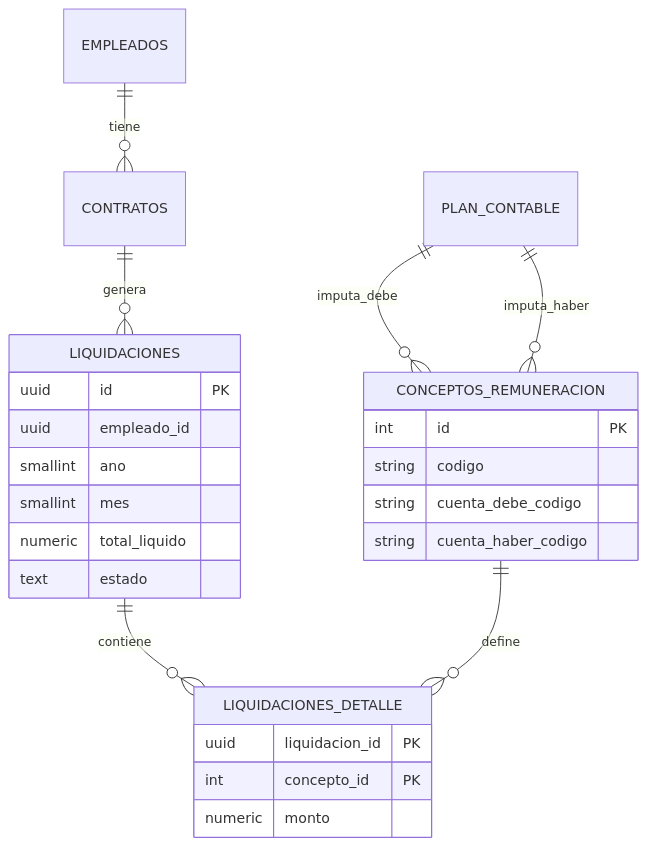
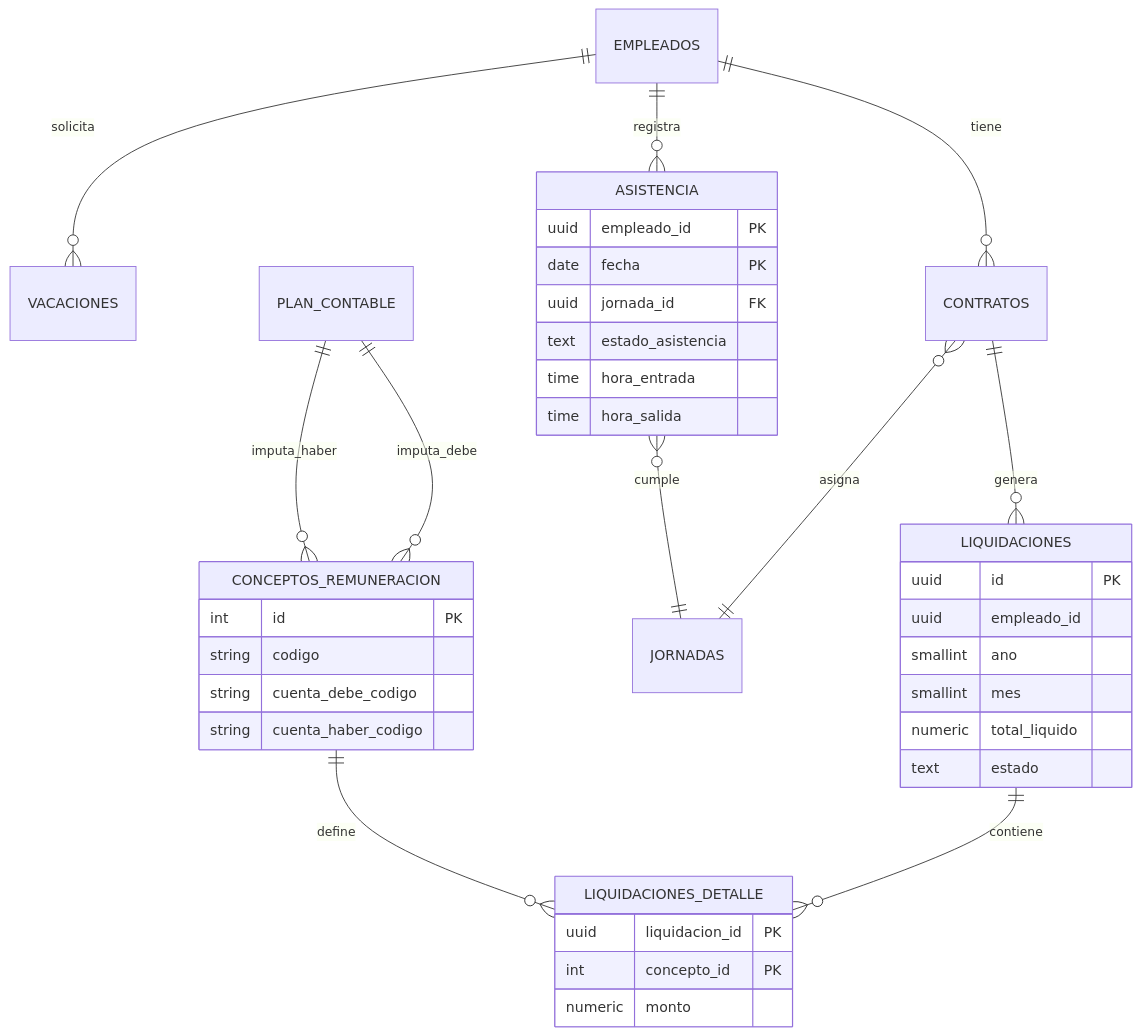
The first of 3 diagrams in src/content/docs/accounting/remuneraciones/diagramas.md (ChrisTkm/jean_d_arc), drawn with Mermaid before and after one commit. The commit also changed 2 other files, not shown here.

Commit message:
docs: Add comprehensive documentation for remuneration module diagrams, database tables, and attendance service.

````diff
--- a/src/content/docs/accounting/remuneraciones/diagramas.md
+++ b/src/content/docs/accounting/remuneraciones/diagramas.md
@@ -14,34 +14,50 @@
 ```mermaid
 erDiagram
     EMPLEADOS ||--o{ CONTRATOS : tiene
     CONTRATOS ||--o{ LIQUIDACIONES : genera
     
     LIQUIDACIONES ||--o{ LIQUIDACIONES_DETALLE : contiene
     
     CONCEPTOS_REMUNERACION ||--o{ LIQUIDACIONES_DETALLE : define
     
     PLAN_CONTABLE ||--o{ CONCEPTOS_REMUNERACION : imputa_debe
     PLAN_CONTABLE ||--o{ CONCEPTOS_REMUNERACION : imputa_haber
+
+    %% -- Modulo Asistencia --
+    EMPLEADOS ||--o{ ASISTENCIA : registra
+    EMPLEADOS ||--o{ VACACIONES : solicita
+    
+    CONTRATOS }o--|| JORNADAS : asigna
+    ASISTENCIA }o--|| JORNADAS : cumple
 
     LIQUIDACIONES {
         uuid id PK
         uuid empleado_id
         smallint ano
         smallint mes
         numeric total_liquido
         text estado
     }
 
     LIQUIDACIONES_DETALLE {
         uuid liquidacion_id PK
         int concepto_id PK
         numeric monto
     }
 
     CONCEPTOS_REMUNERACION {
         int id PK
         string codigo
         string cuenta_debe_codigo
         string cuenta_haber_codigo
     }
+    
+    ASISTENCIA {
+        uuid empleado_id PK
+        date fecha PK
+        uuid jornada_id FK
+        text estado_asistencia
+        time hora_entrada
+        time hora_salida
+    }
 ```
````
